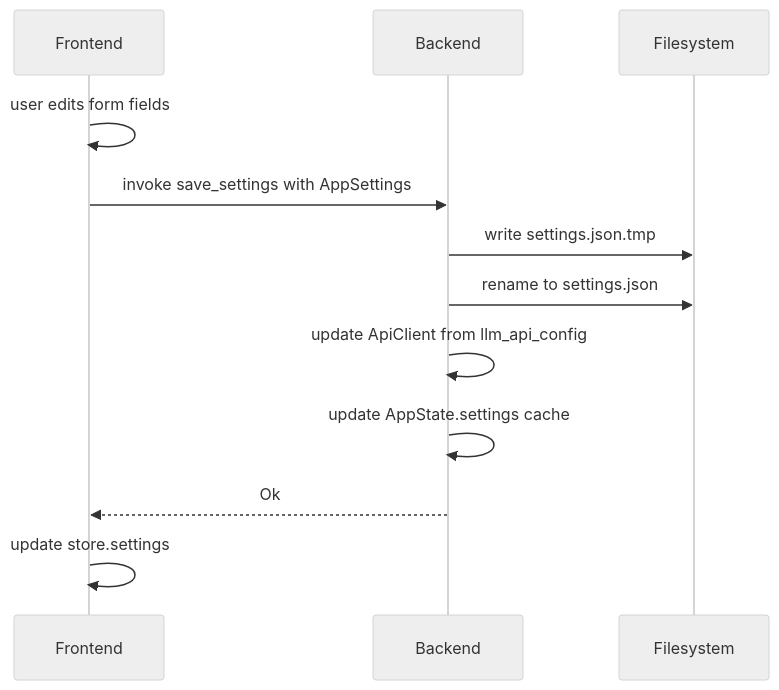
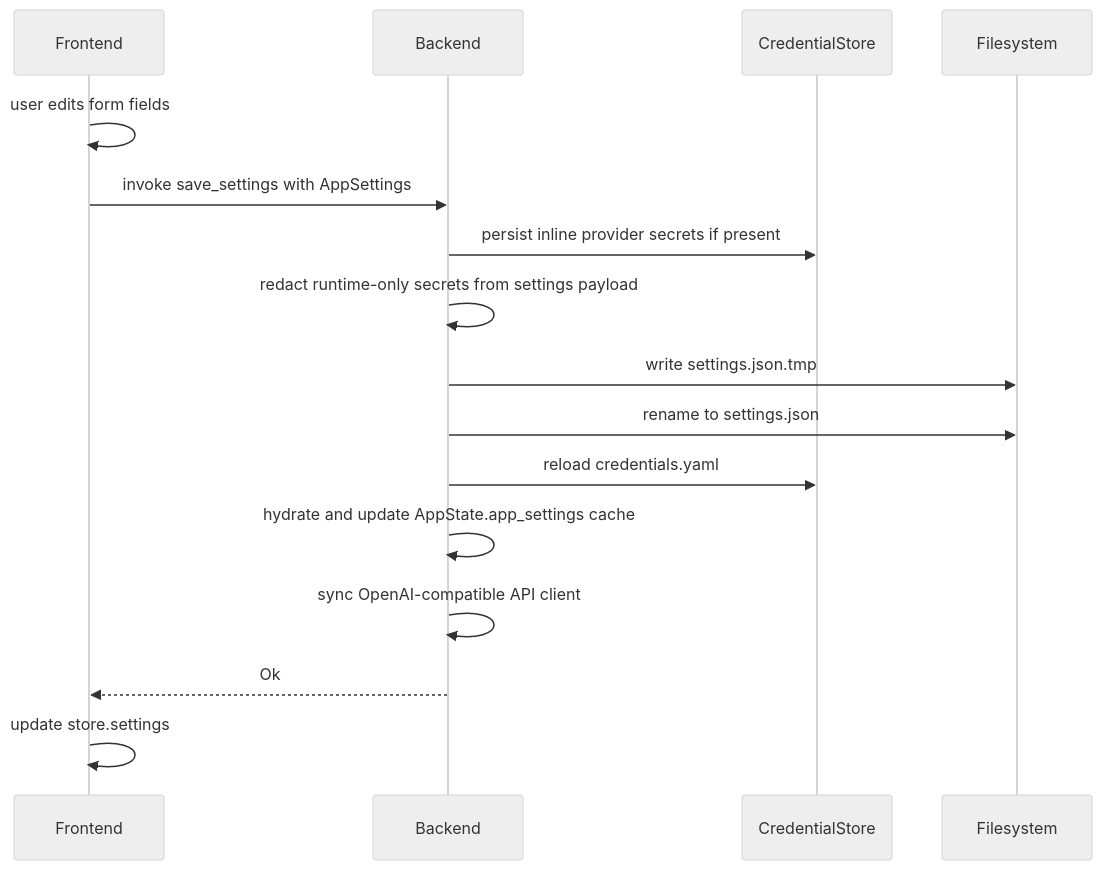
One commit to Codeseys-Labs/audio-graph changed the second of 4 diagrams in docs/SETTINGS_DESIGN.md. Above: the diagram before and after it, drawn with Mermaid (neutral theme). The commit also changed other lines of this file and 17 other files, not shown here.

````diff
--- a/docs/SETTINGS_DESIGN.md
+++ b/docs/SETTINGS_DESIGN.md
@@ -847,15 +851,19 @@
 ```mermaid
 sequenceDiagram
     participant FE as Frontend
     participant BE as Backend
+    participant CRED as CredentialStore
     participant FS as Filesystem
 
     FE->>FE: user edits form fields
     FE->>BE: invoke save_settings with AppSettings
+    BE->>CRED: persist inline provider secrets if present
+    BE->>BE: redact runtime-only secrets from settings payload
     BE->>FS: write settings.json.tmp
     BE->>FS: rename to settings.json
-    BE->>BE: update ApiClient from llm_api_config
-    BE->>BE: update AppState.settings cache
+    BE->>CRED: reload credentials.yaml
+    BE->>BE: hydrate and update AppState.app_settings cache
+    BE->>BE: sync OpenAI-compatible API client
     BE-->>FE: Ok
     FE->>FE: update store.settings
 ```
````
